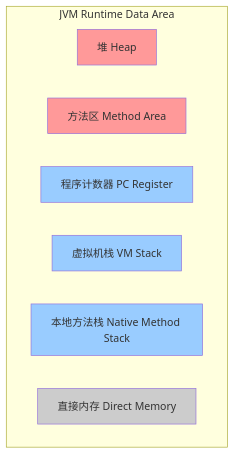
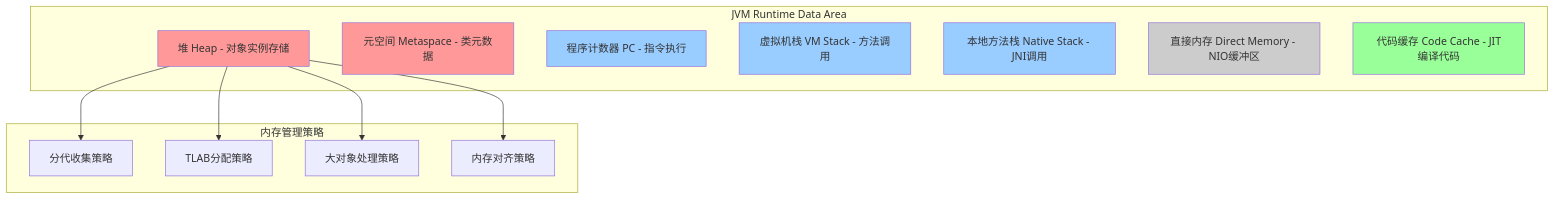
The second of 13 diagrams in docs/01-JVM深度.md (tinntetuki/owner), drawn with Mermaid before and after one commit. The commit also changed other lines of this file and 65 other files, not shown here.

````diff
--- a/docs/01-JVM深度.md
+++ b/docs/01-JVM深度.md
@@ -14,18 +73,32 @@
 ```mermaid
 graph TB
     subgraph "JVM Runtime Data Area"
-        A[堆 Heap] 
-        B[方法区 Method Area]
-        C[程序计数器 PC Register]
-        D[虚拟机栈 VM Stack]
-        E[本地方法栈 Native Method Stack]
-        F[直接内存 Direct Memory]
+        A[堆 Heap - 对象实例存储] 
+        B[元空间 Metaspace - 类元数据]
+        C[程序计数器 PC - 指令执行]
+        D[虚拟机栈 VM Stack - 方法调用]
+        E[本地方法栈 Native Stack - JNI调用]
+        F[直接内存 Direct Memory - NIO缓冲区]
+        G[代码缓存 Code Cache - JIT编译代码]
     end
+    
+    subgraph "内存管理策略"
+        H[分代收集策略]
+        I[TLAB分配策略]
+        J[大对象处理策略]
+        K[内存对齐策略]
+    end
+    
+    A --> H
+    A --> I
+    A --> J
+    A --> K
     
     style A fill:#ff9999
     style B fill:#ff9999
     style C fill:#99ccff
     style D fill:#99ccff
     style E fill:#99ccff
     style F fill:#cccccc
+    style G fill:#99ff99
 ```
````
